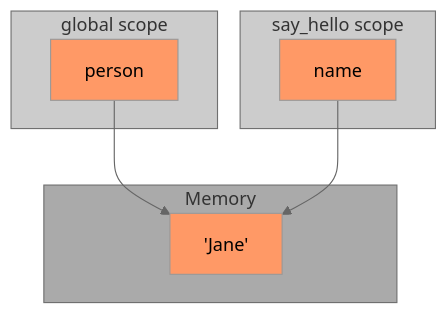
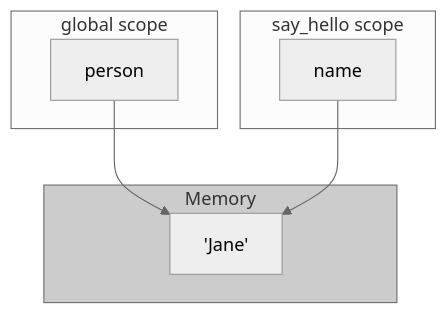
Before and after one commit to JoseBlanca/intro_programing_python: the fourth of 4 diagrams in quarto/functions/definition.qmd, drawn with Mermaid (neutral theme). The commit also changed other lines of this file, not shown here.

Commit message:
mermaid theme updated

````diff
--- a/quarto/functions/definition.qmd
+++ b/quarto/functions/definition.qmd
@@ -199,21 +194,17 @@
 ```{mermaid}
 flowchart TB
-    main:::scope
     subgraph main [global scope]
-    person:::variable
+    person
     end
-    say:::scope
     subgraph say [say_hello scope]
-    name:::variable
+    name
     end
     Memory:::memory
     subgraph Memory
-    Jane["'Jane'"]:::variable
+    Jane["'Jane'"]
     end
     person --> Jane
     name --> Jane
-    classDef variable fill:#f96
     classDef invisible opacity:0%
-    classDef memory fill:#aaa
-    classDef scope fill:#ccc
+    classDef memory fill:#ccc
 ```
````
